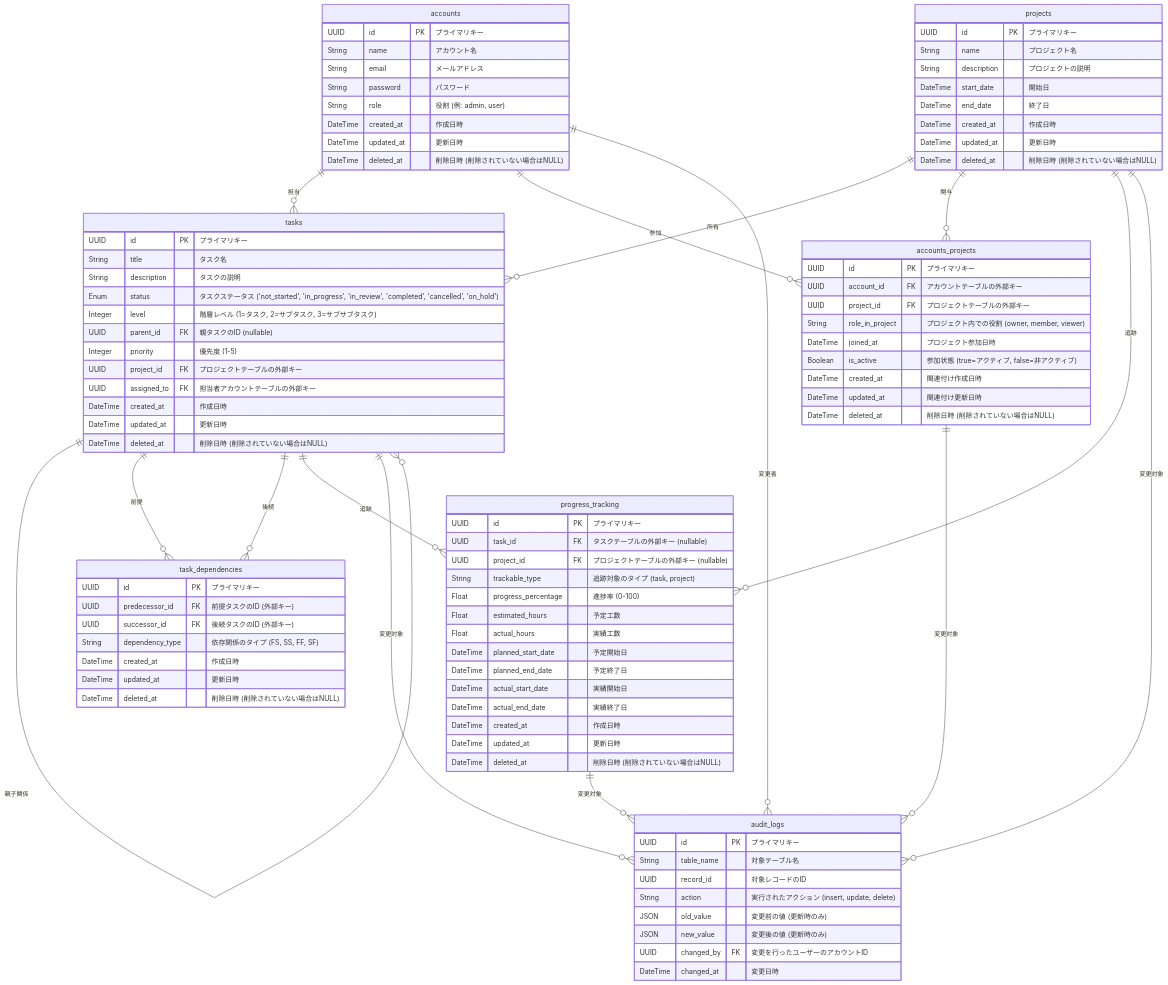
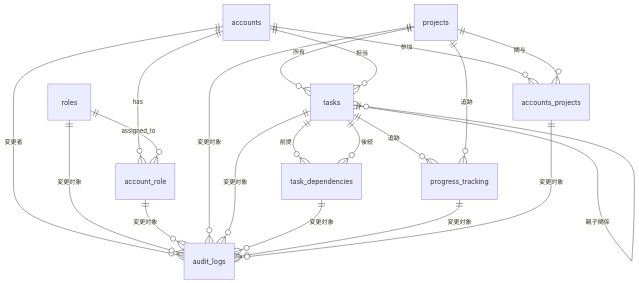
The diagram in docs/database_design.md (Keisei-Akiya/wbs-app), drawn with Mermaid before and after one commit. The commit also changed other lines of this file and 1 other file, not shown here.

Commit message:
Table Definition

````diff
--- a/docs/database_design.md
+++ b/docs/database_design.md
@@ -5,85 +5,7 @@
 ```mermaid
 erDiagram
-    accounts {
-        UUID id PK "プライマリキー"
-        String name "アカウント名"
-        String email "メールアドレス"
-        String password "パスワード"
-        String role "役割 (例: admin, user)"
-        DateTime created_at "作成日時"
-        DateTime updated_at "更新日時"
-        DateTime deleted_at "削除日時 (削除されていない場合はNULL)"
-    }
-    projects {
-        UUID id PK "プライマリキー"
-        String name "プロジェクト名"
-        String description "プロジェクトの説明"
-        DateTime start_date "開始日"
-        DateTime end_date "終了日"
-        DateTime created_at "作成日時"
-        DateTime updated_at "更新日時"
-        DateTime deleted_at "削除日時 (削除されていない場合はNULL)"
-    }
-    accounts_projects {
-        UUID id PK "プライマリキー"
-        UUID account_id FK "アカウントテーブルの外部キー"
-        UUID project_id FK "プロジェクトテーブルの外部キー"
-        String role_in_project "プロジェクト内での役割 (owner, member, viewer)"
-        DateTime joined_at "プロジェクト参加日時"
-        Boolean is_active "参加状態 (true=アクティブ, false=非アクティブ)"
-        DateTime created_at "関連付け作成日時"
-        DateTime updated_at "関連付け更新日時"
-        DateTime deleted_at "削除日時 (削除されていない場合はNULL)"
-    }
-    tasks {
-        UUID id PK "プライマリキー"
-        String title "タスク名"
-        String description "タスクの説明"
-        Enum status "タスクステータス ('not_started', 'in_progress', 'in_review', 'completed', 'cancelled', 'on_hold')"
-        Integer level "階層レベル (1=タスク, 2=サブタスク, 3=サブサブタスク)"
-        UUID parent_id FK "親タスクのID (nullable)"
-        Integer priority "優先度 (1-5)"
-        UUID project_id FK "プロジェクトテーブルの外部キー"
-        UUID assigned_to FK "担当者アカウントテーブルの外部キー"
-        DateTime created_at "作成日時"
-        DateTime updated_at "更新日時"
-        DateTime deleted_at "削除日時 (削除されていない場合はNULL)"
-    }
-    task_dependencies {
-        UUID id PK "プライマリキー"
-        UUID predecessor_id FK "前提タスクのID (外部キー)"
-        UUID successor_id FK "後続タスクのID (外部キー)"
-        String dependency_type "依存関係のタイプ (FS, SS, FF, SF)"
-        DateTime created_at "作成日時"
-        DateTime updated_at "更新日時"
-        DateTime deleted_at "削除日時 (削除されていない場合はNULL)"
-    }
-    progress_tracking {
-        UUID id PK "プライマリキー"
-        UUID task_id FK "タスクテーブルの外部キー (nullable)"
-        UUID project_id FK "プロジェクトテーブルの外部キー (nullable)"
-        String trackable_type "追跡対象のタイプ (task, project)"
-        Float progress_percentage "進捗率 (0-100)"
-        Float estimated_hours "予定工数"
-        Float actual_hours "実績工数"
-        DateTime planned_start_date "予定開始日"
-        DateTime planned_end_date "予定終了日"
-        DateTime actual_start_date "実績開始日"
-        DateTime actual_end_date "実績終了日"
-        DateTime created_at "作成日時"
-        DateTime updated_at "更新日時"
-        DateTime deleted_at "削除日時 (削除されていない場合はNULL)"
-    }
-    audit_logs{
-        UUID id PK "プライマリキー"
-        String table_name "対象テーブル名"
-        UUID record_id "対象レコードのID"
-        String action "実行されたアクション (insert, update, delete)"
-        JSON old_value "変更前の値 (更新時のみ)"
-        JSON new_value "変更後の値 (更新時のみ)"
-        UUID changed_by FK "変更を行ったユーザーのアカウントID"
-        DateTime changed_at "変更日時"
-    }
+    accounts ||--o{ account_role : "has"
+    roles ||--o{ account_role : "assigned_to"
     projects ||--o{ tasks : "所有"
     accounts ||--o{ tasks : "担当"
     accounts ||--o{ accounts_projects : "参加"
@@ -94,8 +16,11 @@
     tasks ||--o{ progress_tracking : "追跡"
     projects ||--o{ progress_tracking : "追跡"
     accounts ||--o{ audit_logs : "変更者"
+    roles ||--o{ audit_logs : "変更対象"
+    account_role ||--o{ audit_logs : "変更対象"
     projects ||--o{ audit_logs : "変更対象"
     tasks ||--o{ audit_logs : "変更対象"
+    task_dependencies ||--o{ audit_logs : "変更対象"
     progress_tracking ||--o{ audit_logs : "変更対象"
     accounts_projects ||--o{ audit_logs : "変更対象"
 
````
